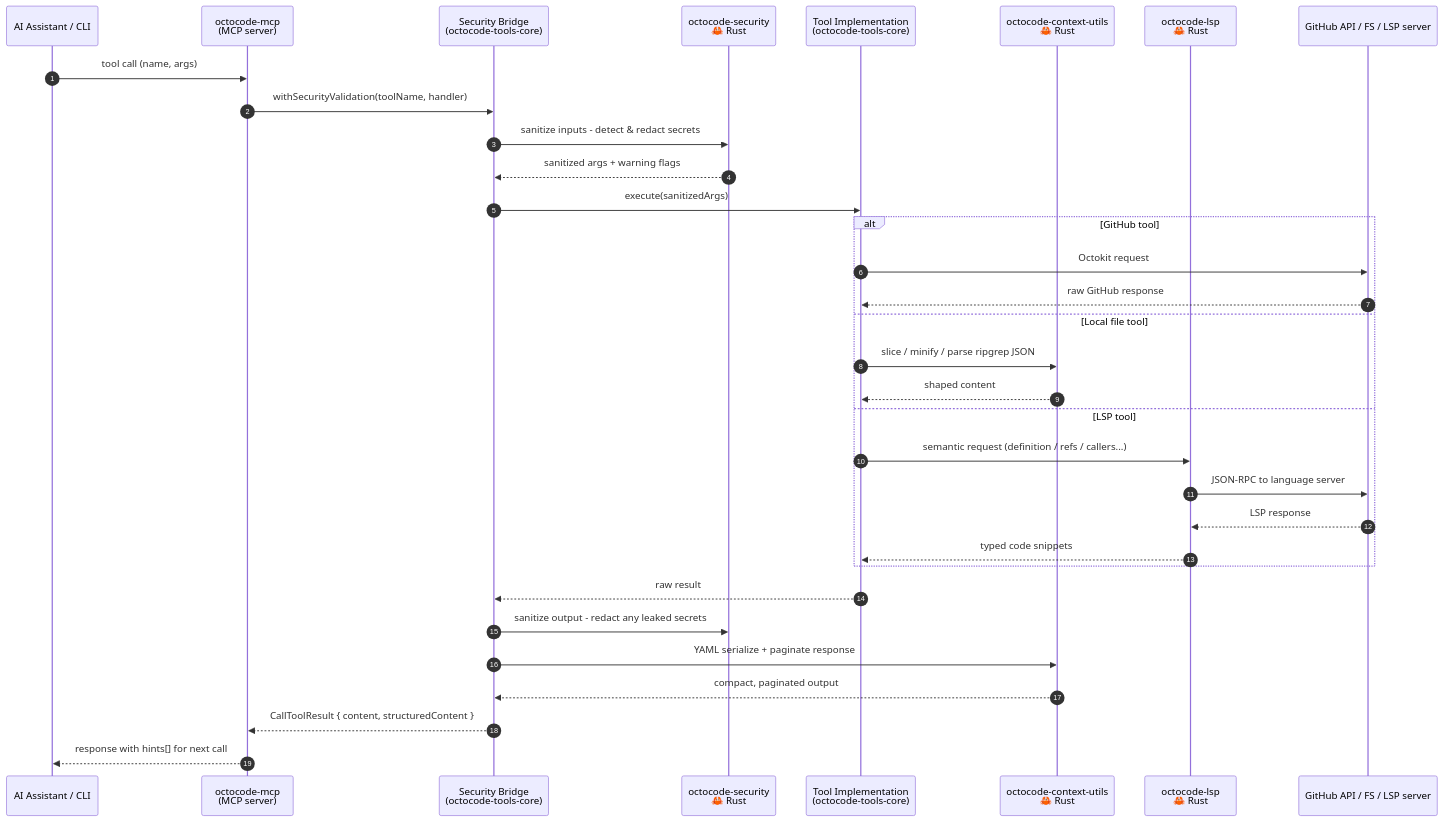
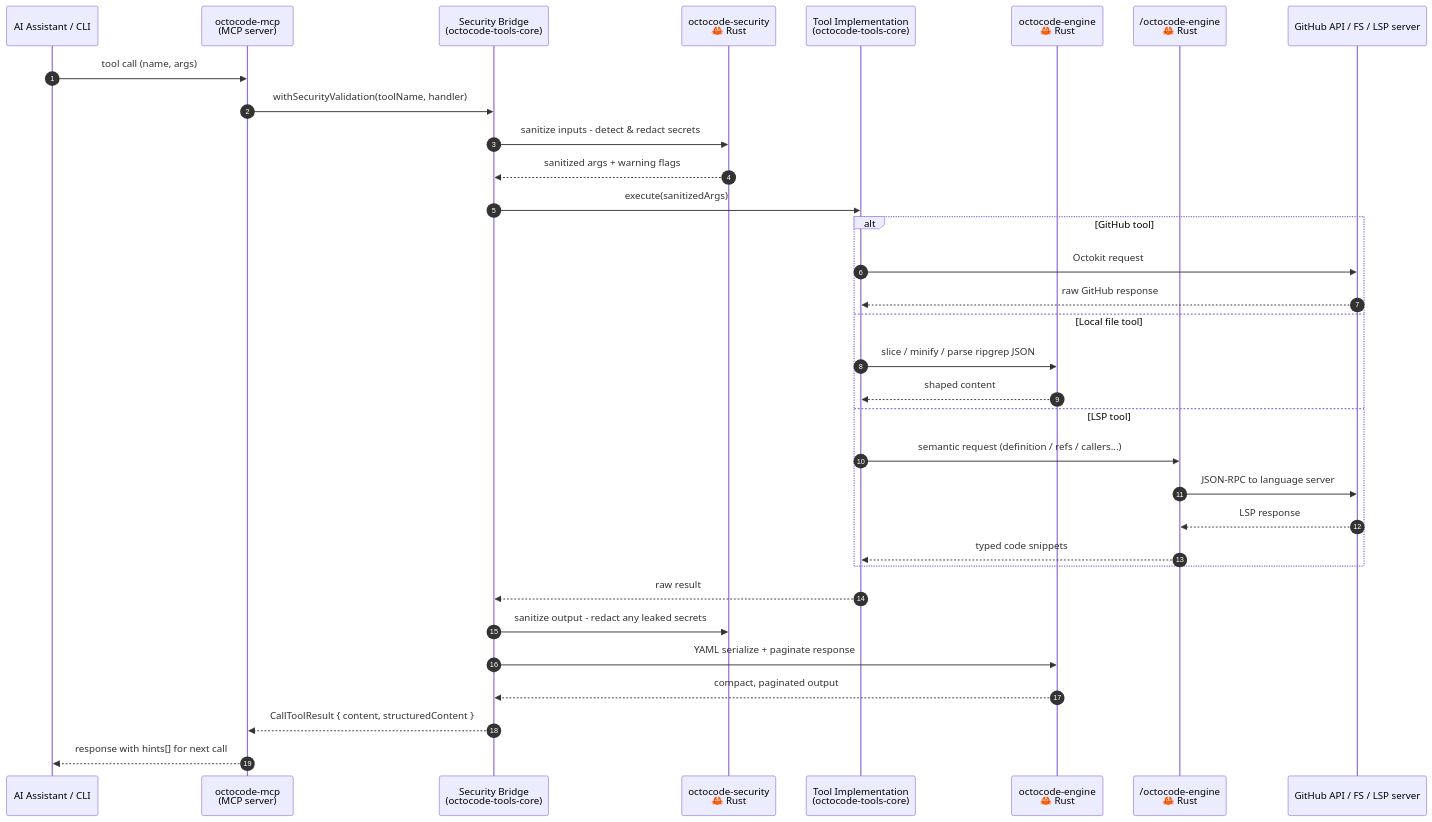
Before and after one commit to yermakoffivan/octocode: the second of 2 diagrams in README.md, drawn with Mermaid. The commit also changed other lines of this file and 864 other files, not shown here.

````diff
--- a/README.md
+++ b/README.md
@@ -443,38 +443,38 @@
 ```mermaid
 sequenceDiagram
     autonumber
     participant Client as AI Assistant / CLI
     participant MCP as octocode-mcp<br/>(MCP server)
     participant Bridge as Security Bridge<br/>(octocode-tools-core)
     participant RustSec as octocode-security<br/>🦀 Rust
     participant Tool as Tool Implementation<br/>(octocode-tools-core)
-    participant RustCtx as octocode-context-utils<br/>🦀 Rust
-    participant RustLsp as octocode-lsp<br/>🦀 Rust
+    participant RustCtx as octocode-engine<br/>🦀 Rust
+    participant RustLsp as /octocode-engine<br/>🦀 Rust
     participant Ext as GitHub API / FS / LSP server
 
     Client->>MCP: tool call (name, args)
     MCP->>Bridge: withSecurityValidation(toolName, handler)
     Bridge->>RustSec: sanitize inputs - detect & redact secrets
     RustSec-->>Bridge: sanitized args + warning flags
     Bridge->>Tool: execute(sanitizedArgs)
 
     alt GitHub tool
         Tool->>Ext: Octokit request
         Ext-->>Tool: raw GitHub response
     else Local file tool
         Tool->>RustCtx: slice / minify / parse ripgrep JSON
         RustCtx-->>Tool: shaped content
     else LSP tool
         Tool->>RustLsp: semantic request (definition / refs / callers...)
         RustLsp->>Ext: JSON-RPC to language server
         Ext-->>RustLsp: LSP response
         RustLsp-->>Tool: typed code snippets
     end
 
     Tool-->>Bridge: raw result
     Bridge->>RustSec: sanitize output - redact any leaked secrets
     Bridge->>RustCtx: YAML serialize + paginate response
     RustCtx-->>Bridge: compact, paginated output
     Bridge-->>MCP: CallToolResult { content, structuredContent }
     MCP-->>Client: response with hints[] for next call
 ```
````
